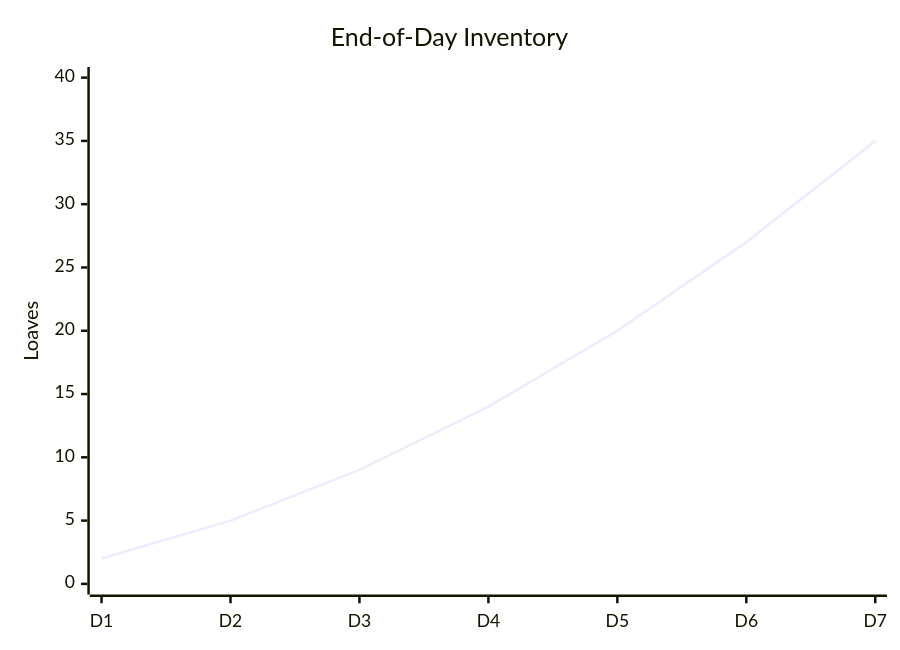
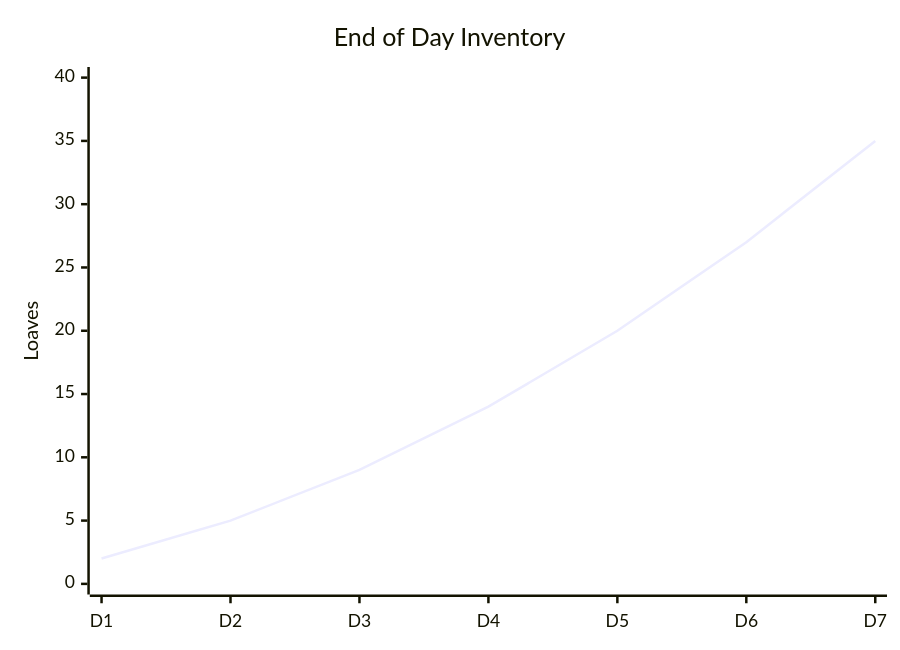
Before and after one commit to rfielding/philosopher: the eighth of 8 diagrams in examples/breadco-efsm.md, drawn with Mermaid. The commit also changed other lines of this file and 1 other file, not shown here.

````diff
--- a/examples/breadco-efsm.md
+++ b/examples/breadco-efsm.md
@@ -152,7 +175,7 @@
 ```mermaid
 xychart-beta
-    title "End-of-Day Inventory"
+    title "End of Day Inventory"
     x-axis [D1, D2, D3, D4, D5, D6, D7]
     y-axis "Loaves" 0 --> 40
     line [2, 5, 9, 14, 20, 27, 35]
 ```
````
